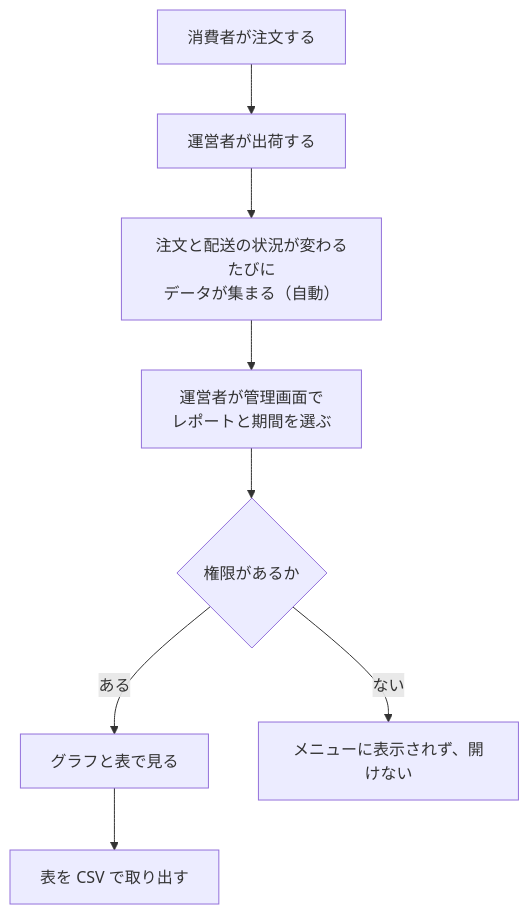
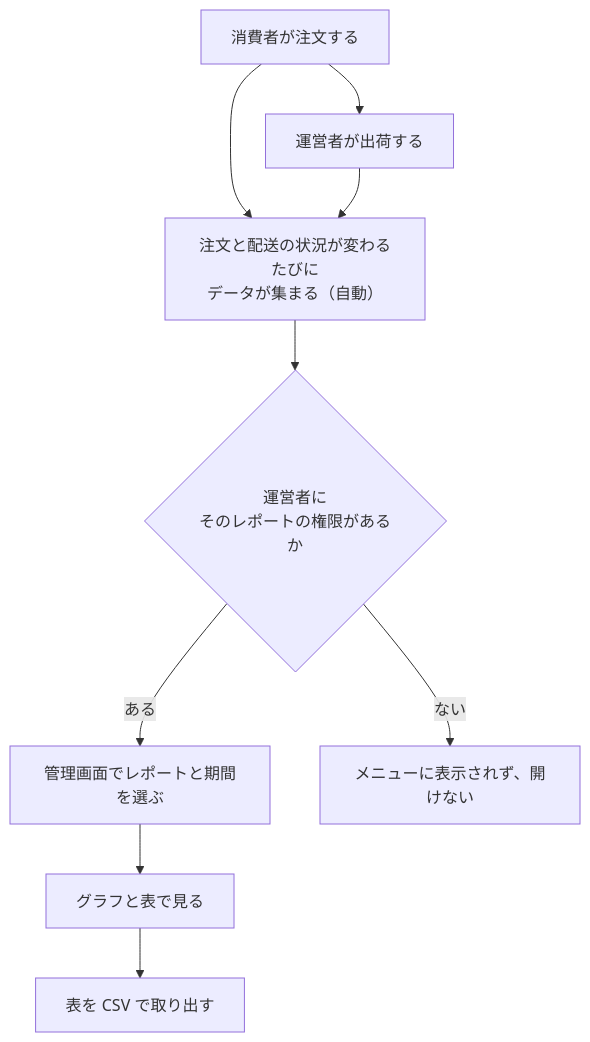
One commit to roger88106/ec-site changed the diagram in docs/01-概要/reporting.md. Above: the diagram before and after it, drawn with Mermaid. The commit also changed other lines of this file and 14 other files, not shown here.

````diff
--- a/docs/01-概要/reporting.md
+++ b/docs/01-概要/reporting.md
@@ -14,10 +14,11 @@
 ```mermaid
 flowchart TD
     order["消費者が注文する"] --> ship["運営者が出荷する"]
-    ship --> collect["注文と配送の状況が変わるたびに<br/>データが集まる（自動）"]
-    collect --> choose["運営者が管理画面で<br/>レポートと期間を選ぶ"]
-    choose --> auth{"権限があるか"}
-    auth -- ある --> view["グラフと表で見る"]
+    order --> collect["注文と配送の状況が変わるたびに<br/>データが集まる（自動）"]
+    ship --> collect
+    collect --> auth{"運営者に<br/>そのレポートの権限があるか"}
+    auth -- ある --> choose["管理画面でレポートと期間を選ぶ"]
+    choose --> view["グラフと表で見る"]
     view --> csv["表を CSV で取り出す"]
     auth -- ない --> deny["メニューに表示されず、開けない"]
 ```
````
